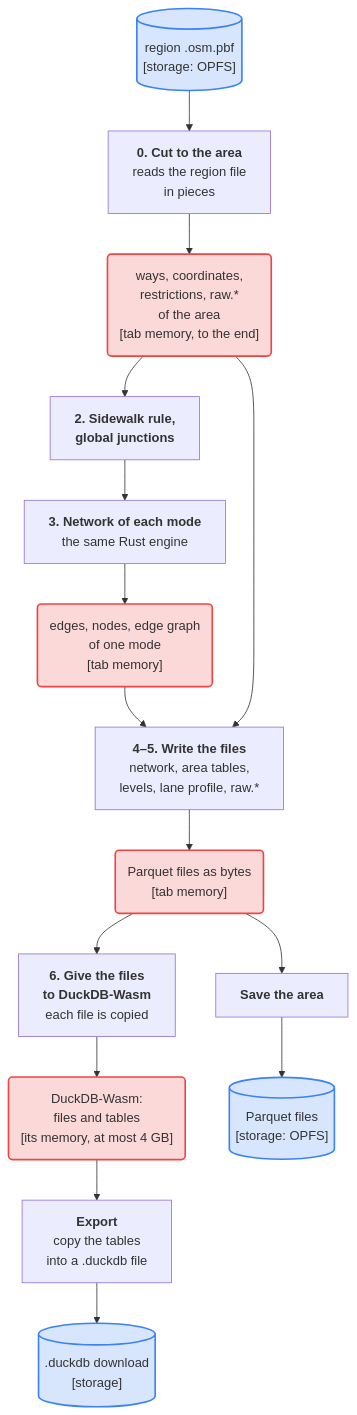
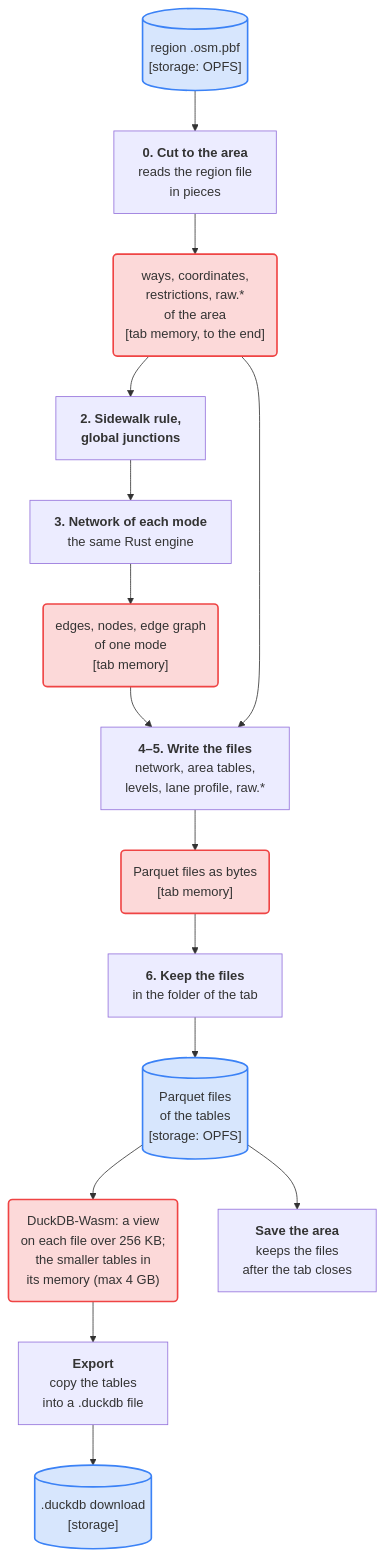
Before and after one commit to Khoshkhah/duckOSM: the second of 3 diagrams in docs/concepts/offline-online.md, drawn with Mermaid. The commit also changed other lines of this file, not shown here.

First line of the commit message:
Docs: Kentucky facts, offline label, the online result, OPFS in the online build

````diff
--- a/docs/concepts/offline-online.md
+++ b/docs/concepts/offline-online.md
@@ -70,30 +70,31 @@
 ```mermaid
 flowchart TB
     REG[("region .osm.pbf<br/>[storage: OPFS]")]
 
     S0["<b>0. Cut to the area</b><br/>reads the region file<br/>in pieces"]
     M0("ways, coordinates,<br/>restrictions, raw.*<br/>of the area<br/>[tab memory, to the end]")
     S2["<b>2. Sidewalk rule,</b><br/><b>global junctions</b>"]
     S3["<b>3. Network of each mode</b><br/>the same Rust engine"]
     M3("edges, nodes, edge graph<br/>of one mode<br/>[tab memory]")
     S4["<b>4–5. Write the files</b><br/>network, area tables,<br/>levels, lane profile, raw.*"]
     M4("Parquet files as bytes<br/>[tab memory]")
-    S6["<b>6. Give the files</b><br/><b>to DuckDB-Wasm</b><br/>each file is copied"]
-    M6("DuckDB-Wasm:<br/>files and tables<br/>[its memory, at most 4 GB]")
-    SAVE["<b>Save the area</b>"]
-    O[("Parquet files<br/>[storage: OPFS]")]
+    S6["<b>6. Keep the files</b><br/>in the folder of the tab"]
+    O[("Parquet files<br/>of the tables<br/>[storage: OPFS]")]
+    M6("DuckDB-Wasm: a view<br/>on each file over 256 KB;<br/>the smaller tables in<br/>its memory (max 4 GB)")
+    SAVE["<b>Save the area</b><br/>keeps the files<br/>after the tab closes"]
     EXP["<b>Export</b><br/>copy the tables<br/>into a .duckdb file"]
     DL[(".duckdb download<br/>[storage]")]
 
     REG --> S0 --> M0
     M0 --> S2 --> S3 --> M3 --> S4
     M0 --> S4
-    S4 --> M4 --> S6 --> M6
-    M4 --> SAVE --> O
+    S4 --> M4 --> S6 --> O
+    O --> M6
+    O --> SAVE
     M6 --> EXP --> DL
 
     classDef disk fill:#3b82f633,stroke:#3b82f6,stroke-width:2px
     classDef mem fill:#ef444433,stroke:#ef4444,stroke-width:2px
     class REG,O,DL disk
     class M0,M3,M4,M6 mem
 ```
````
